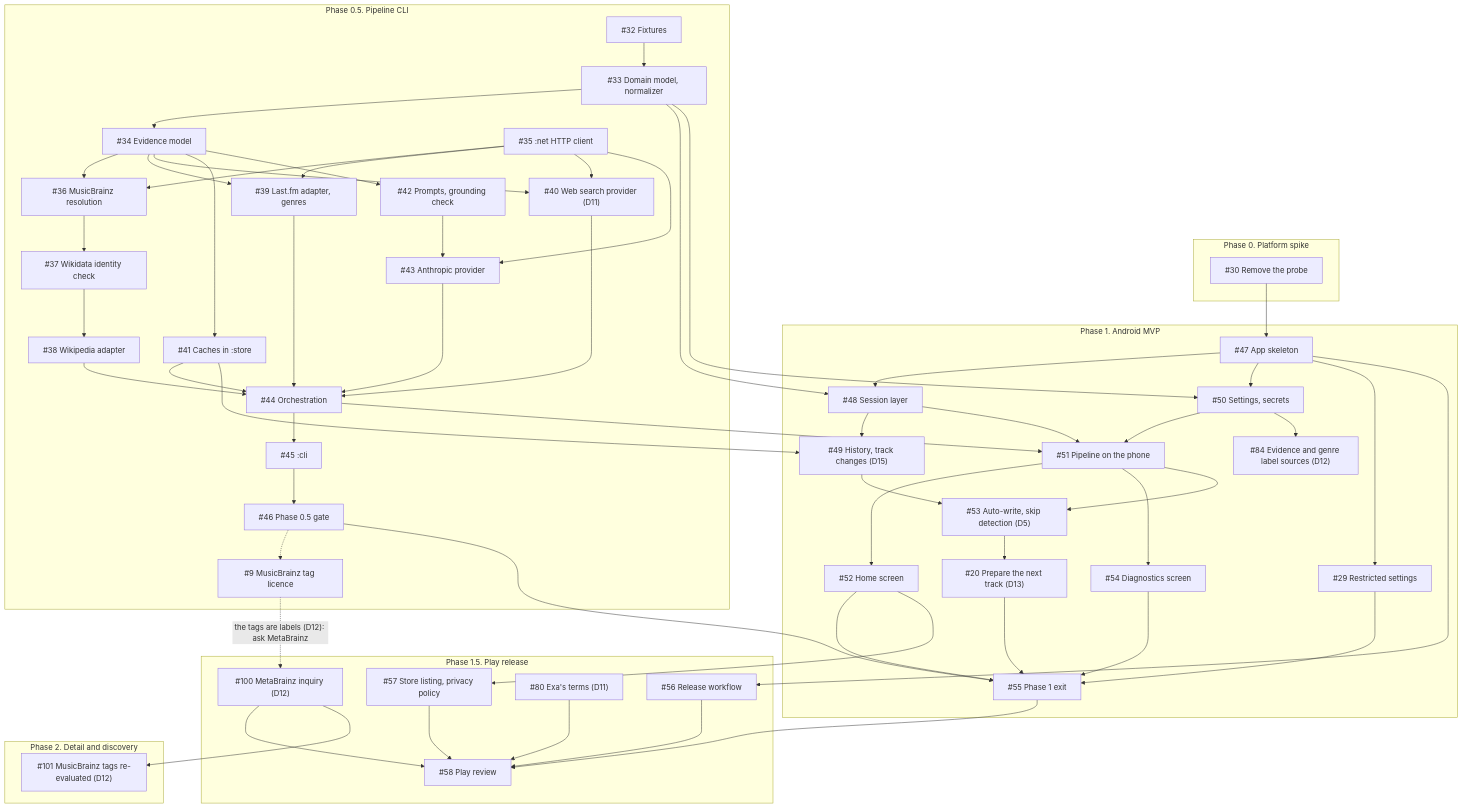
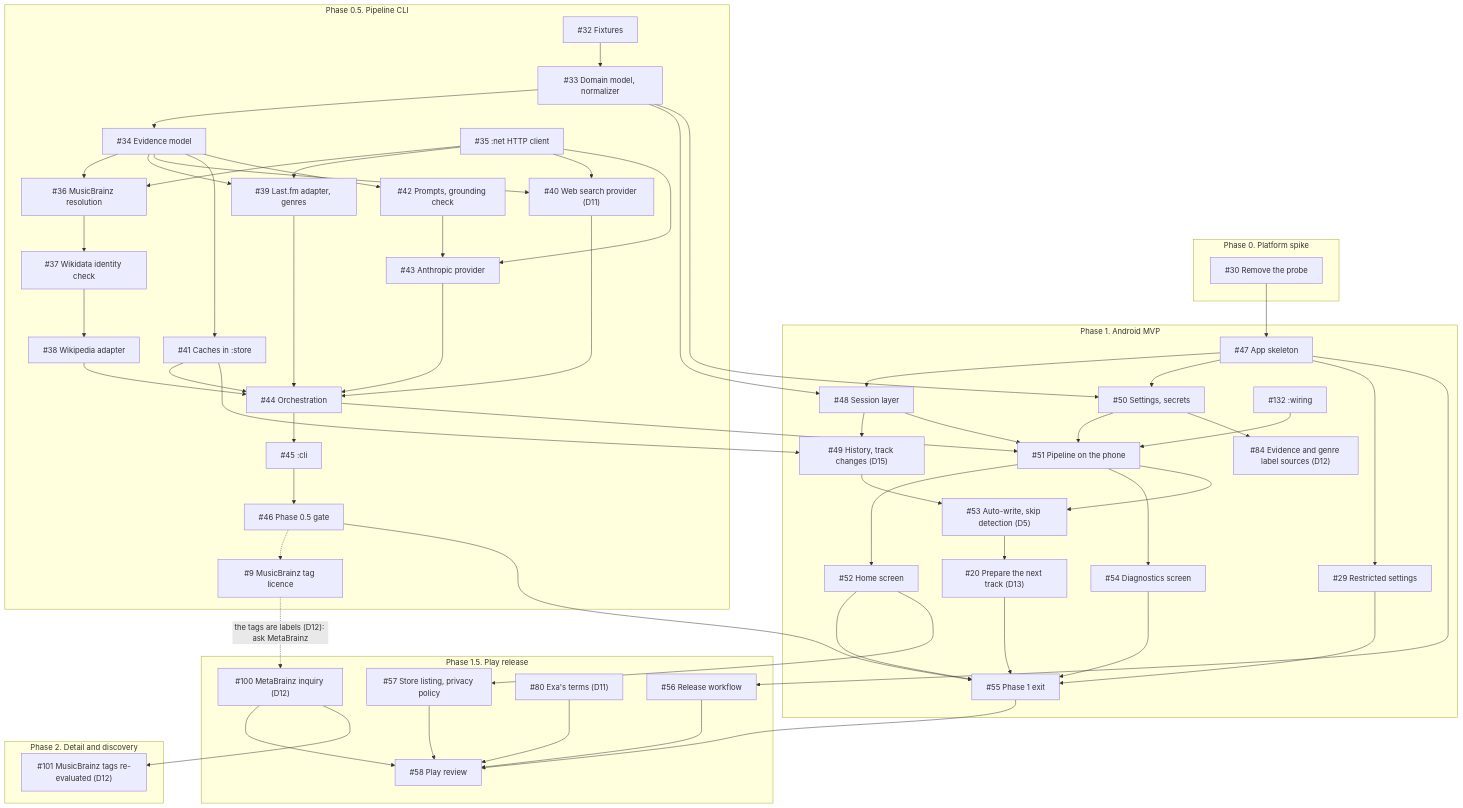
The diagram in design/plan.md (wkusnierczyk/sleevesight), drawn with Mermaid before and after one commit. The commit also changed other lines of this file and 1 other file, not shown here.

```diff
--- a/design/plan.md
+++ b/design/plan.md
@@ -40,6 +40,7 @@
     i48["#48 Session layer"]
     i49["#49 History, track changes (D15)"]
     i50["#50 Settings, secrets"]
+    i132["#132 :wiring"]
     i51["#51 Pipeline on the phone"]
     i52["#52 Home screen"]
     i53["#53 Auto-write, skip detection (D5)"]
@@ -95,6 +96,7 @@
   i48 --> i51
   i50 --> i51
   i44 --> i51
+  i132 --> i51
   i51 --> i52
   i51 --> i54
   i49 --> i53
```
